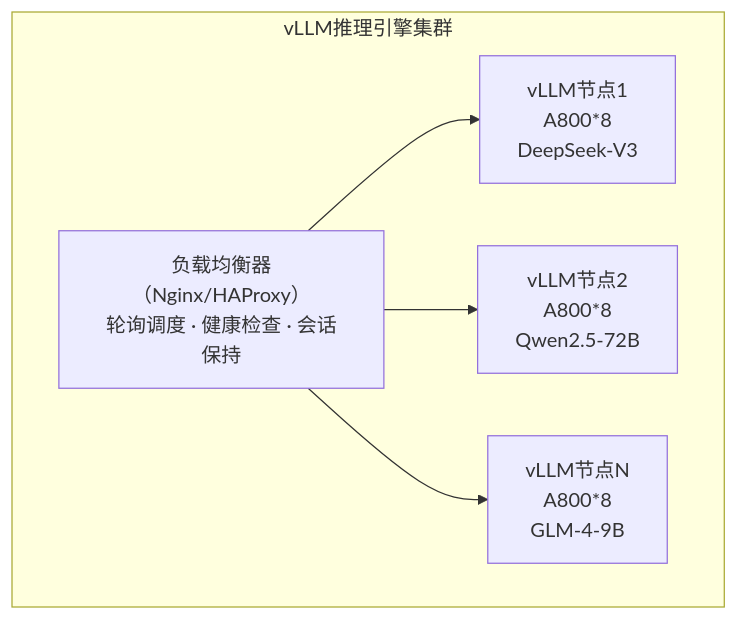
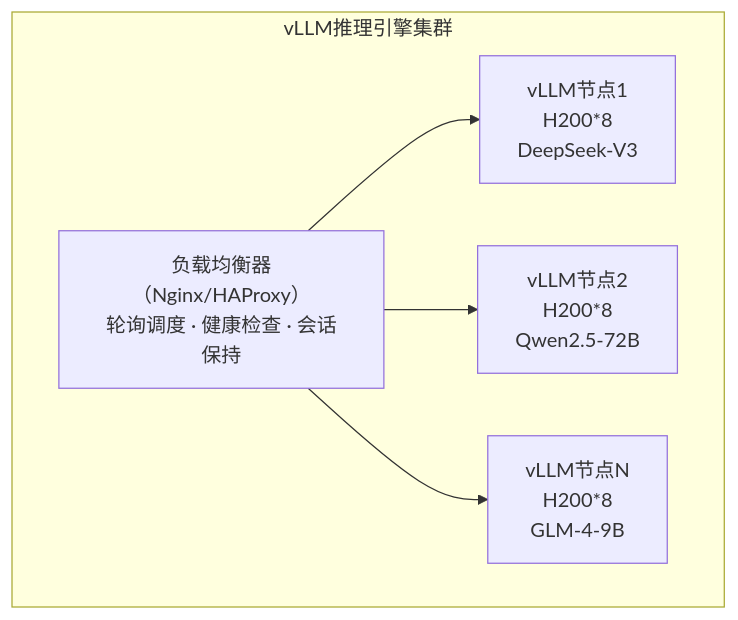
The ninth of 38 diagrams in full_analysis/银行AI平台技术架构规划文档_科技部专属版.md (wonglaitung/splan), drawn with Mermaid before and after one commit. The commit also changed other lines of this file, not shown here.

First line of the commit message:
fix: 统一GPU选型为H200并修复Mermaid mindmap解析错误

````diff
--- a/full_analysis/银行AI平台技术架构规划文档_科技部专属版.md
+++ b/full_analysis/银行AI平台技术架构规划文档_科技部专属版.md
@@ -390,12 +390,12 @@
 ```mermaid
 flowchart TB
     subgraph cluster["vLLM推理引擎集群"]
-        N1["vLLM节点1<br/>A800*8<br/>DeepSeek-V3"]
-        N2["vLLM节点2<br/>A800*8<br/>Qwen2.5-72B"]
-        N3["vLLM节点N<br/>A800*8<br/>GLM-4-9B"]
+        N1["vLLM节点1<br/>H200*8<br/>DeepSeek-V3"]
+        N2["vLLM节点2<br/>H200*8<br/>Qwen2.5-72B"]
+        N3["vLLM节点N<br/>H200*8<br/>GLM-4-9B"]
         LB["负载均衡器（Nginx/HAProxy）<br/>轮询调度 · 健康检查 · 会话保持"]
     end
     LB --> N1
     LB --> N2
     LB --> N3
 ```
````
